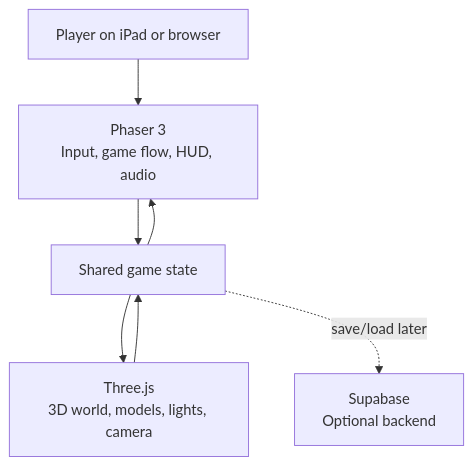
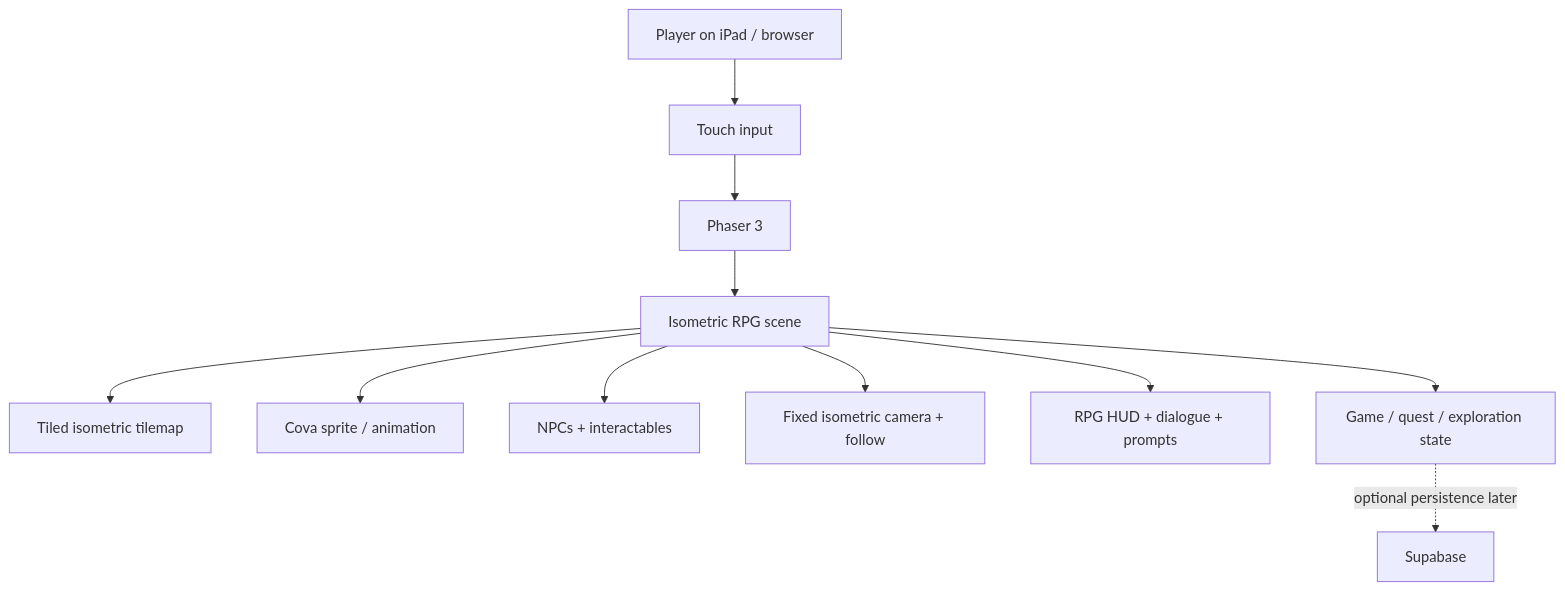
Before and after one commit to altairrojas/the-legend-of-comira: the first of 5 diagrams in README.md, drawn with Mermaid. The commit also changed other lines of this file, not shown here.

Commit message:
docs: redefine game as isometric exploration RPG

````diff
--- a/README.md
+++ b/README.md
@@ -53,9 +70,13 @@
 ```mermaid
 graph TD;
-    Player["Player on iPad or browser"] --> Phaser["Phaser 3<br/>Input, game flow, HUD, audio"];
-    Phaser --> State["Shared game state"];
-    State --> Phaser;
-    State --> Three["Three.js<br/>3D world, models, lights, camera"];
-    Three --> State;
-    State -. "save/load later" .-> Supabase["Supabase<br/>Optional backend"];
+    Player["Player on iPad / browser"] --> Input["Touch input"];
+    Input --> Phaser["Phaser 3"];
+    Phaser --> Scene["Isometric RPG scene"];
+    Scene --> Map["Tiled isometric tilemap"];
+    Scene --> Cova["Cova sprite / animation"];
+    Scene --> Entities["NPCs + interactables"];
+    Scene --> Camera["Fixed isometric camera + follow"];
+    Scene --> HUD["RPG HUD + dialogue + prompts"];
+    Scene --> State["Game / quest / exploration state"];
+    State -. "optional persistence later" .-> Supabase["Supabase"];
 ```
````
